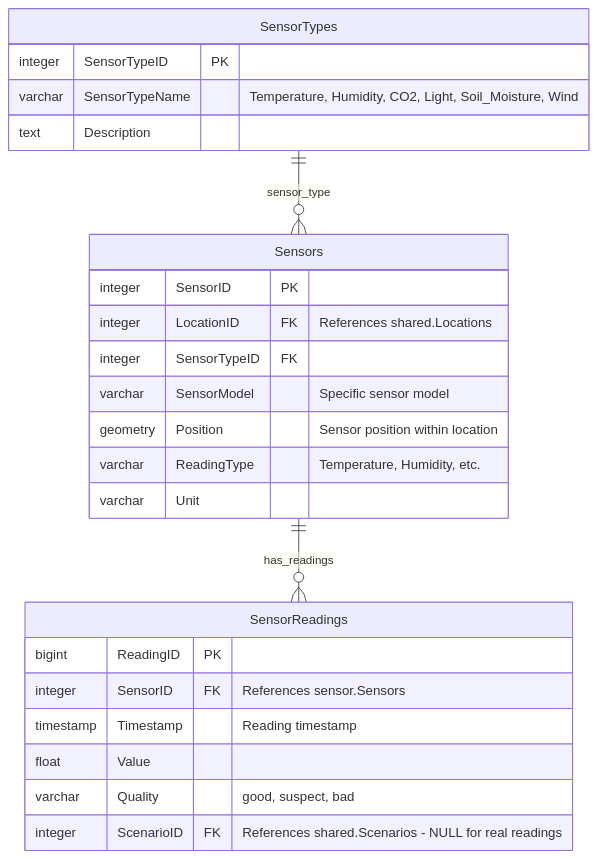
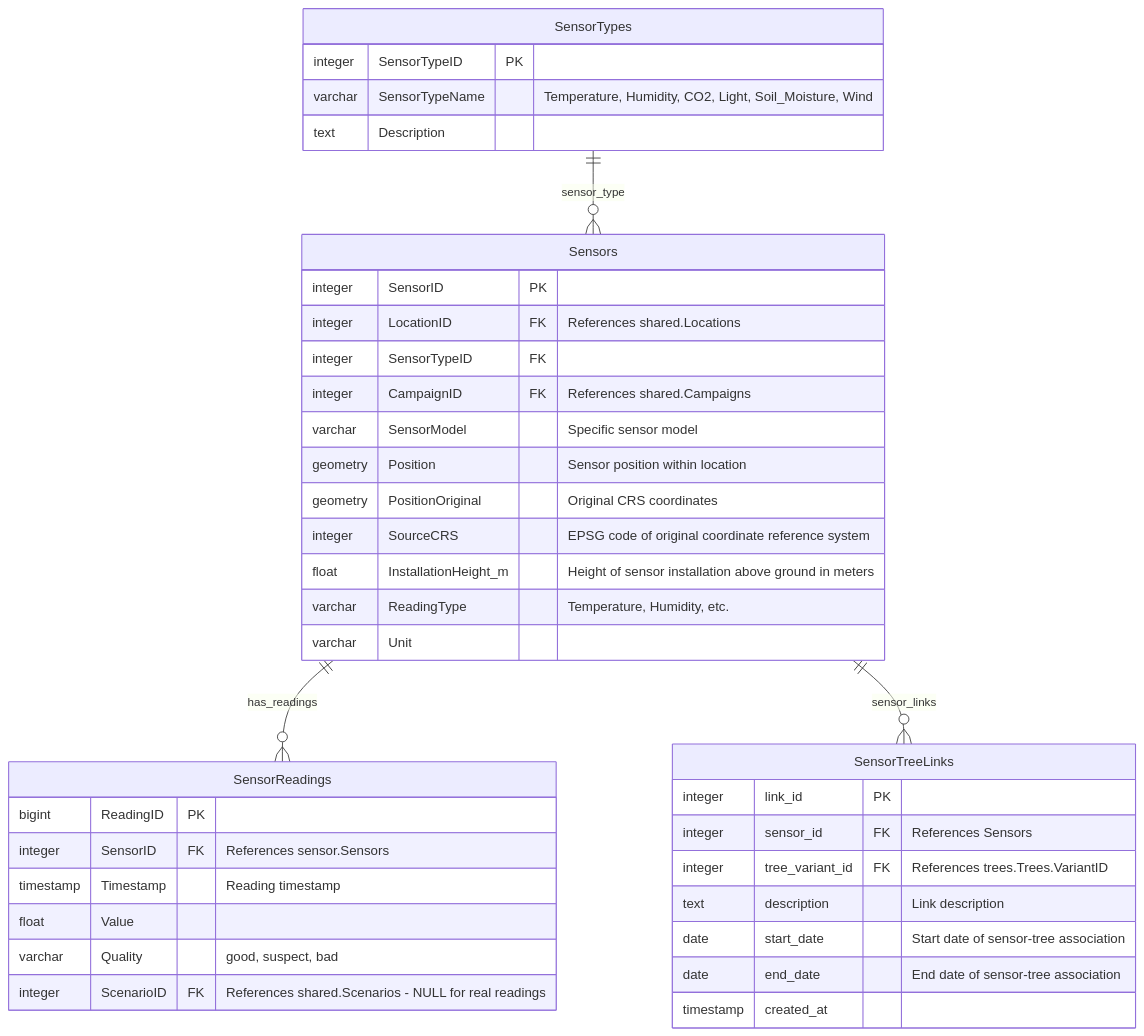
Before and after one commit to XRFutureForests/digital-twin-db: diagram 18 of 20 in docs/database-schema.md, drawn with Mermaid. The commit also changed other lines of this file and 25 other files, not shown here.

Commit message:
feat: Add Campaigns table for data collection events and enhance Trees schema with new measurement fields

````diff
--- a/docs/database-schema.md
+++ b/docs/database-schema.md
@@ -482,30 +770,45 @@
 ```mermaid
 erDiagram
     SensorTypes {
         integer SensorTypeID PK
         varchar SensorTypeName "Temperature, Humidity, CO2, Light, Soil_Moisture, Wind"
         text Description
     }
 
     Sensors {
         integer SensorID PK
         integer LocationID FK "References shared.Locations"
         integer SensorTypeID FK
+        integer CampaignID FK "References shared.Campaigns"
         varchar SensorModel "Specific sensor model"
         geometry Position "Sensor position within location"
+        geometry PositionOriginal "Original CRS coordinates"
+        integer SourceCRS "EPSG code of original coordinate reference system"
+        float InstallationHeight_m "Height of sensor installation above ground in meters"
         varchar ReadingType "Temperature, Humidity, etc."
         varchar Unit
     }
 
     SensorReadings {
         bigint ReadingID PK
         integer SensorID FK "References sensor.Sensors"
         timestamp Timestamp "Reading timestamp"
         float Value
         varchar Quality "good, suspect, bad"
         integer ScenarioID FK "References shared.Scenarios - NULL for real readings"
     }
 
+    SensorTreeLinks {
+        integer link_id PK
+        integer sensor_id FK "References Sensors"
+        integer tree_variant_id FK "References trees.Trees.VariantID"
+        text description "Link description"
+        date start_date "Start date of sensor-tree association"
+        date end_date "End date of sensor-tree association"
+        timestamp created_at
+    }
+
     SensorTypes ||--o{ Sensors : "sensor_type"
     Sensors ||--o{ SensorReadings : "has_readings"
+    Sensors ||--o{ SensorTreeLinks : "sensor_links"
 ```
````
